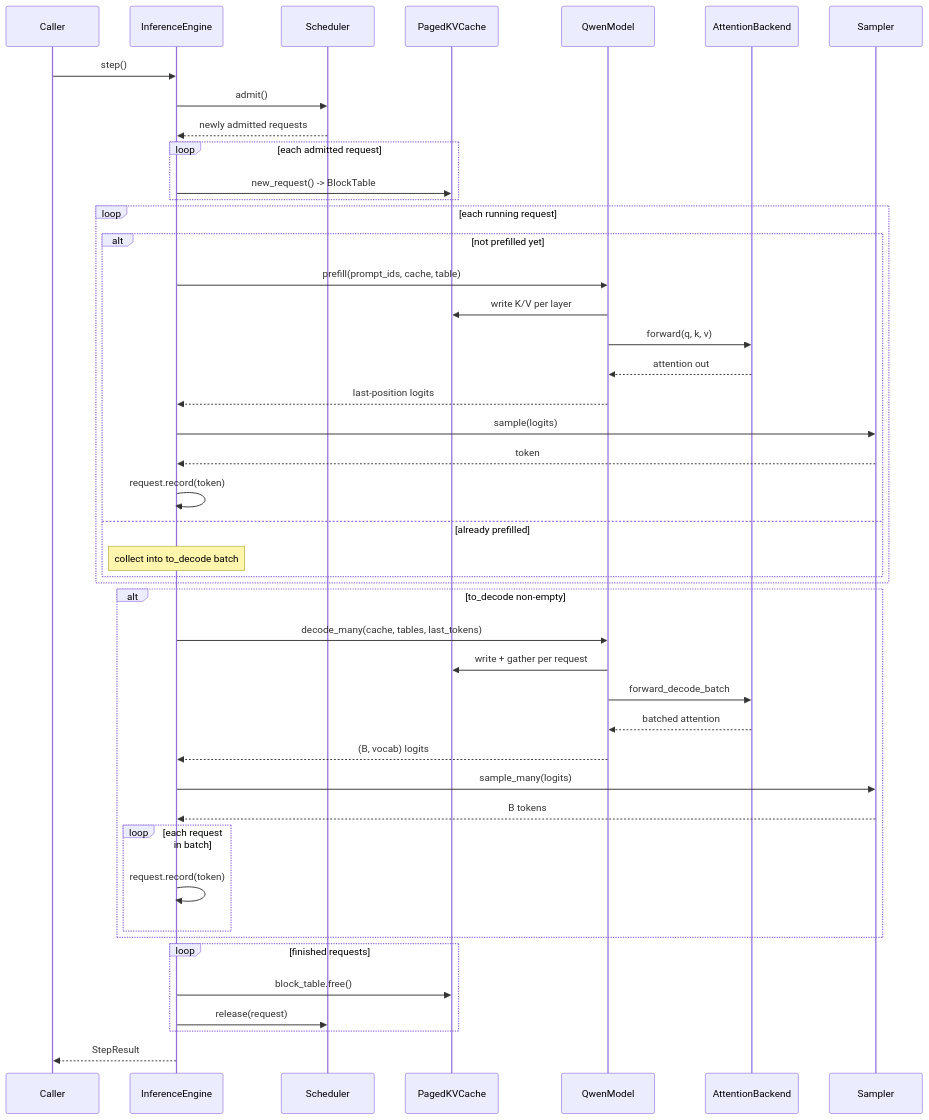
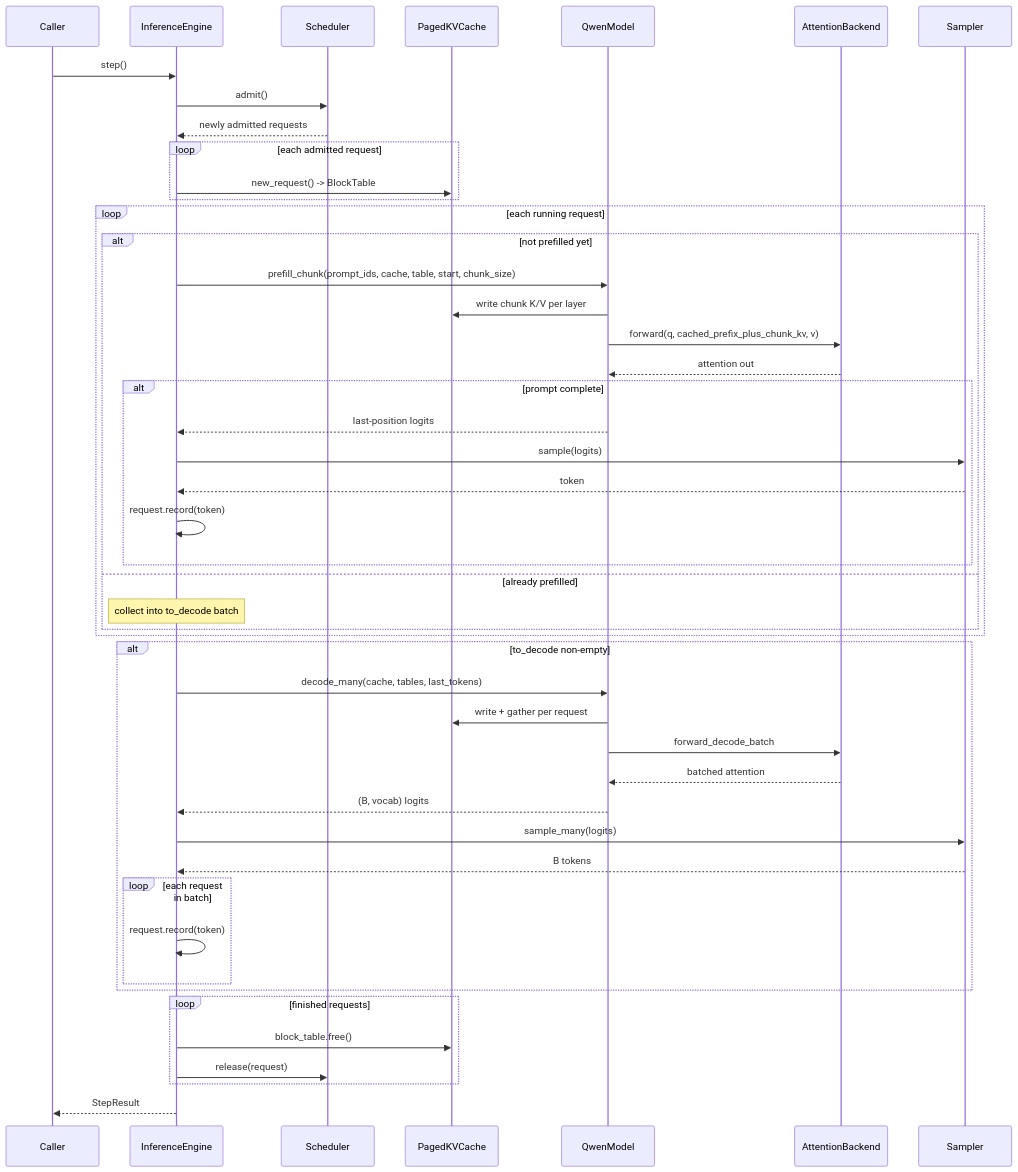
One commit to adamthuvesen/llm-infer changed the second of 4 diagrams in docs/architecture.md. Above: the diagram before and after it, drawn with Mermaid. The commit also changed other lines of this file and 6 other files, not shown here.

````diff
--- a/docs/architecture.md
+++ b/docs/architecture.md
@@ -237,52 +238,54 @@
 ```mermaid
 sequenceDiagram
     participant Caller
     participant Engine as InferenceEngine
     participant Sched as Scheduler
     participant Cache as PagedKVCache
     participant Model as QwenModel
     participant Backend as AttentionBackend
     participant Samp as Sampler
 
     Caller->>Engine: step()
     Engine->>Sched: admit()
     Sched-->>Engine: newly admitted requests
     loop each admitted request
         Engine->>Cache: new_request() -> BlockTable
     end
 
     loop each running request
         alt not prefilled yet
-            Engine->>Model: prefill(prompt_ids, cache, table)
-            Model->>Cache: write K/V per layer
-            Model->>Backend: forward(q, k, v)
+            Engine->>Model: prefill_chunk(prompt_ids, cache, table, start, chunk_size)
+            Model->>Cache: write chunk K/V per layer
+            Model->>Backend: forward(q, cached_prefix_plus_chunk_kv, v)
             Backend-->>Model: attention out
-            Model-->>Engine: last-position logits
-            Engine->>Samp: sample(logits)
-            Samp-->>Engine: token
-            Engine->>Engine: request.record(token)
+            alt prompt complete
+                Model-->>Engine: last-position logits
+                Engine->>Samp: sample(logits)
+                Samp-->>Engine: token
+                Engine->>Engine: request.record(token)
+            end
         else already prefilled
             Note over Engine: collect into to_decode batch
         end
     end
 
     alt to_decode non-empty
         Engine->>Model: decode_many(cache, tables, last_tokens)
         Model->>Cache: write + gather per request
         Model->>Backend: forward_decode_batch
         Backend-->>Model: batched attention
         Model-->>Engine: (B, vocab) logits
         Engine->>Samp: sample_many(logits)
         Samp-->>Engine: B tokens
         loop each request in batch
             Engine->>Engine: request.record(token)
         end
     end
 
     loop finished requests
         Engine->>Cache: block_table.free()
         Engine->>Sched: release(request)
     end
 
     Engine-->>Caller: StepResult
 ```
````
